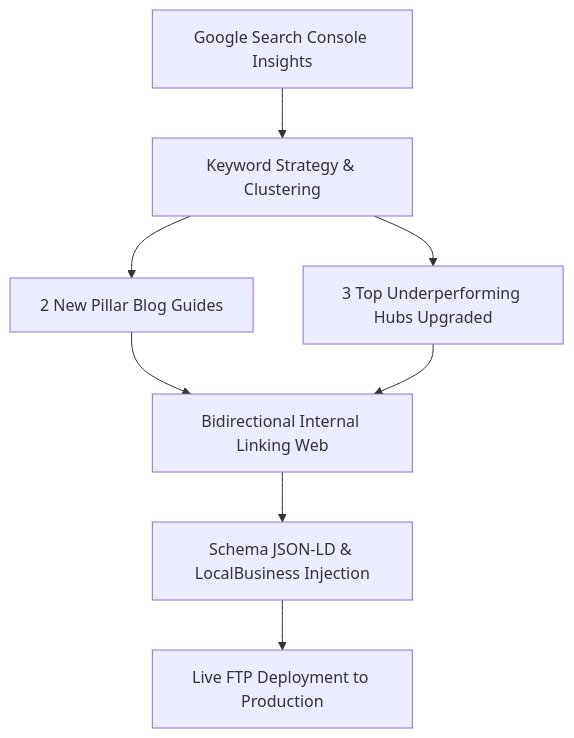
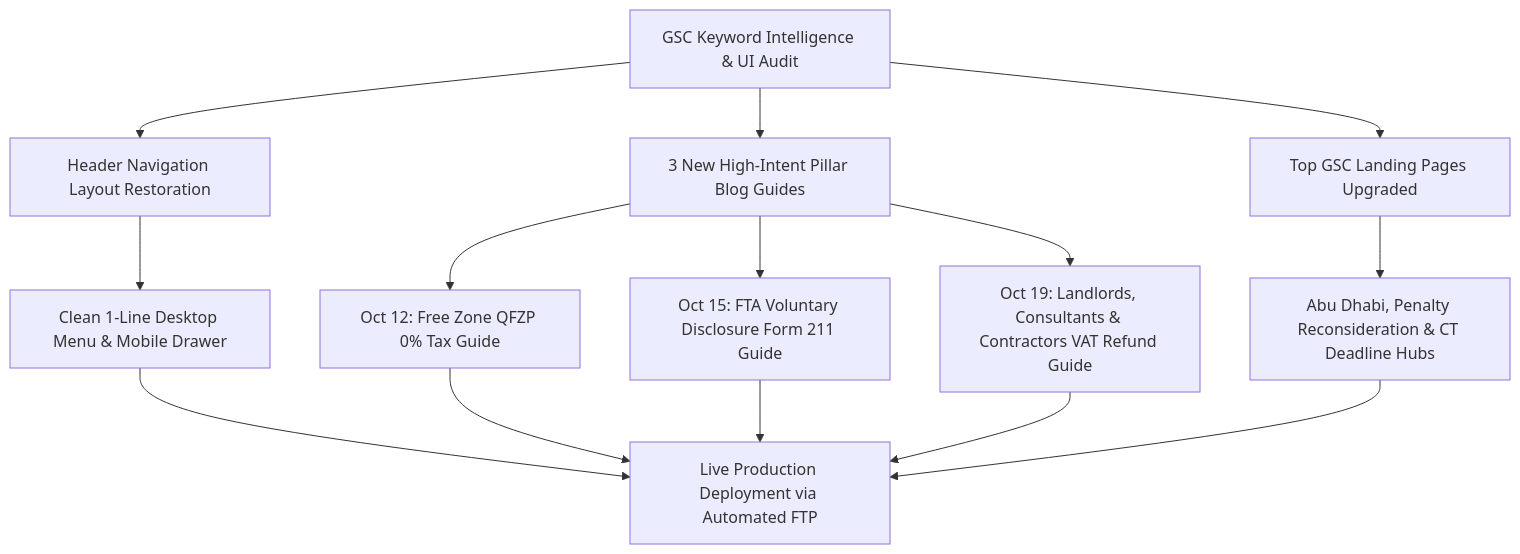
The first of 2 diagrams in WEEKLY-SEO-REPORT.md (devsynxoffical/RBO), drawn with Mermaid before and after one commit. The commit also changed other lines of this file and 115 other files, not shown here.

````diff
--- a/WEEKLY-SEO-REPORT.md
+++ b/WEEKLY-SEO-REPORT.md
@@ -14,10 +15,16 @@
 ```mermaid
 graph TD
-    A[Google Search Console Insights] --> B[Keyword Strategy & Clustering]
-    B --> C[2 New Pillar Blog Guides]
-    B --> D[3 Top Underperforming Hubs Upgraded]
-    C --> E[Bidirectional Internal Linking Web]
-    D --> E
-    E --> F[Schema JSON-LD & LocalBusiness Injection]
-    F --> G[Live FTP Deployment to Production]
+    A[GSC Keyword Intelligence & UI Audit] --> B[Header Navigation Layout Restoration]
+    A --> C[3 New High-Intent Pillar Blog Guides]
+    A --> D[Top GSC Landing Pages Upgraded]
+    B --> E[Clean 1-Line Desktop Menu & Mobile Drawer]
+    C --> F[Oct 12: Free Zone QFZP 0% Tax Guide]
+    C --> G[Oct 15: FTA Voluntary Disclosure Form 211 Guide]
+    C --> H[Oct 19: Landlords, Consultants & Contractors VAT Refund Guide]
+    D --> I[Abu Dhabi, Penalty Reconsideration & CT Deadline Hubs]
+    E --> J[Live Production Deployment via Automated FTP]
+    F --> J
+    G --> J
+    H --> J
+    I --> J
 ```
````
